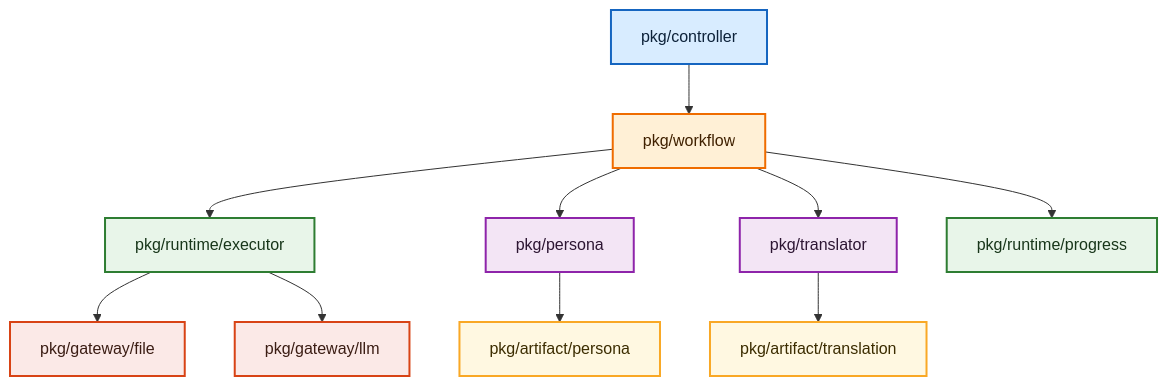
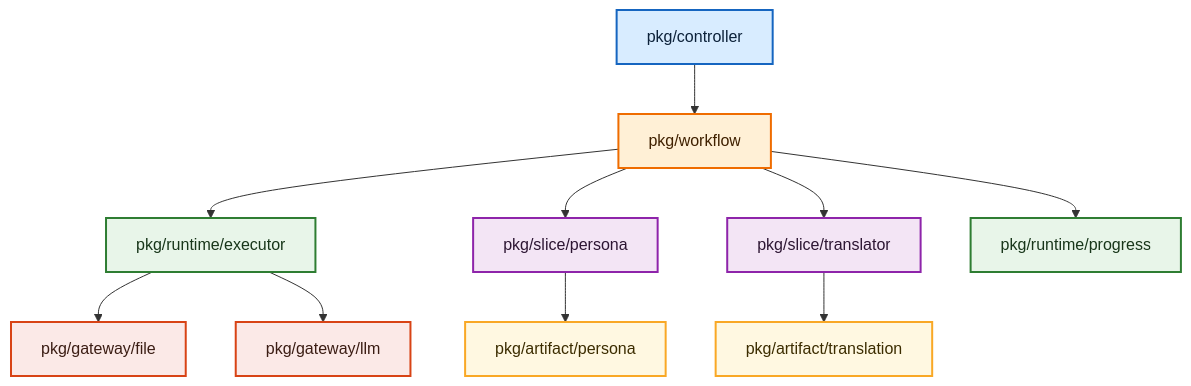
Before and after one commit to ishibata91/ai-translation-engine-2: the diagram in openspec/specs/architecture.md, drawn with Mermaid. The commit also changed other lines of this file and 3 other files, not shown here.

````diff
--- a/openspec/specs/architecture.md
+++ b/openspec/specs/architecture.md
@@ -94,30 +94,30 @@
 ```mermaid
 graph TD
     classDef controller fill:#d8ecff,stroke:#1565c0,stroke-width:2px,color:#0d223a;
     classDef workflow fill:#fff0d6,stroke:#ef6c00,stroke-width:2px,color:#402100;
     classDef slice fill:#f3e5f5,stroke:#8e24aa,stroke-width:2px,color:#2d1633;
     classDef runtime fill:#e8f5e9,stroke:#2e7d32,stroke-width:2px,color:#18361a;
     classDef artifact fill:#fff8e1,stroke:#f9a825,stroke-width:2px,color:#3c2d00;
     classDef gateway fill:#fbe9e7,stroke:#d84315,stroke-width:2px,color:#3b1d14;
 
     C["pkg/controller"]:::controller
     W["pkg/workflow"]:::workflow
-    S1["pkg/persona"]:::slice
-    S2["pkg/translator"]:::slice
+    S1["pkg/slice/persona"]:::slice
+    S2["pkg/slice/translator"]:::slice
     R1["pkg/runtime/executor"]:::runtime
     R2["pkg/runtime/progress"]:::runtime
     A1["pkg/artifact/persona"]:::artifact
     A2["pkg/artifact/translation"]:::artifact
     G1["pkg/gateway/file"]:::gateway
     G2["pkg/gateway/llm"]:::gateway
 
     C --> W
     W --> R1
     W --> R2
     W --> S1
     W --> S2
     S1 --> A1
     S2 --> A2
     R1 --> G1
     R1 --> G2
 ```
````
